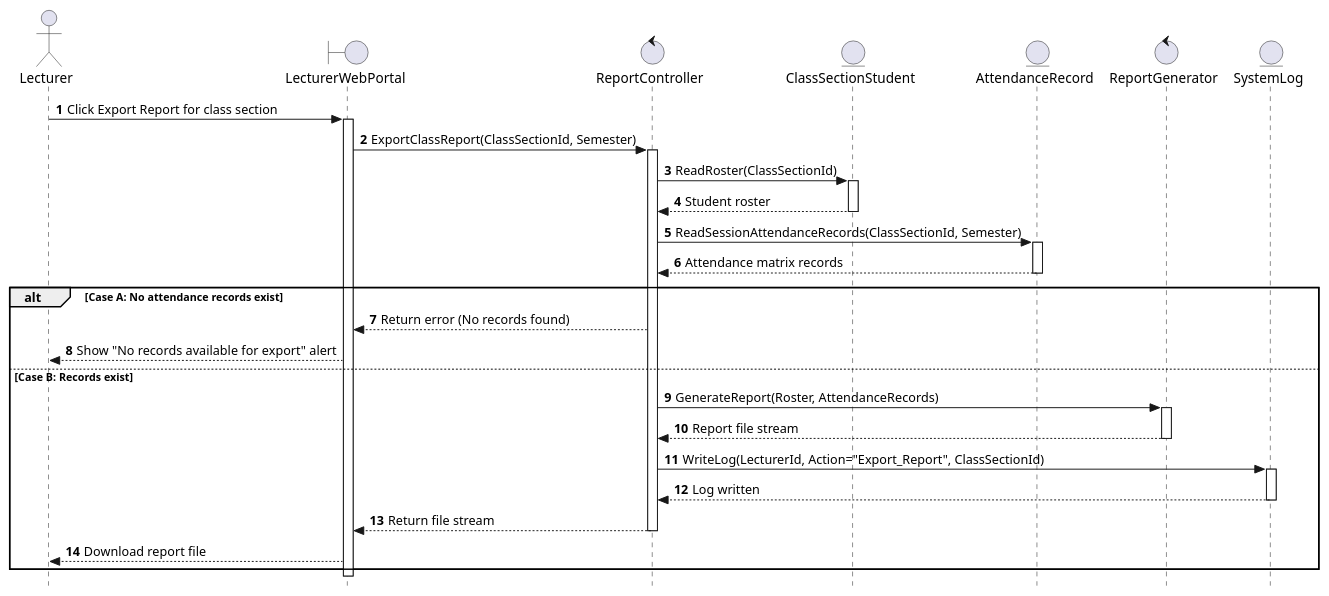
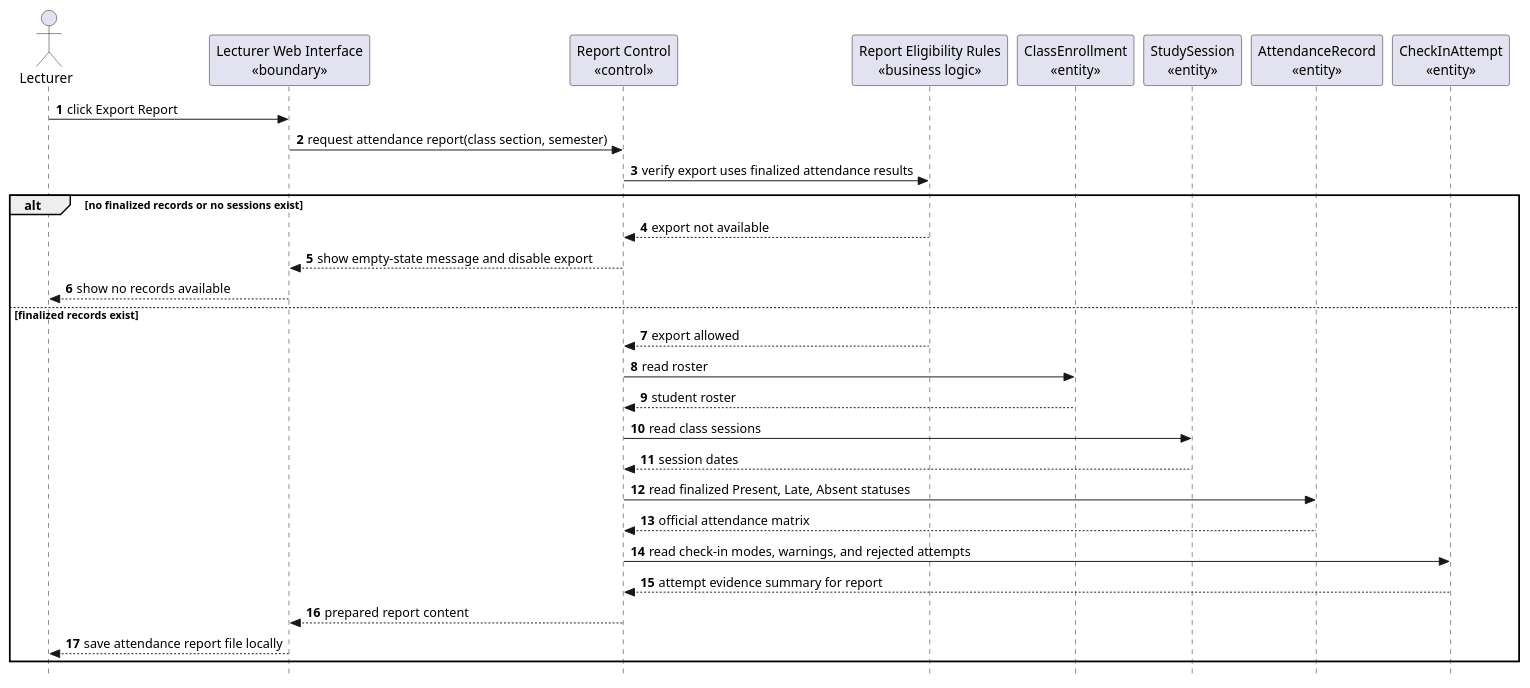
Before and after one commit to nttung42/SWD392: diagram 17 of 25 in docs/sds/2_Analysis.md, drawn with PlantUML. The commit also changed other lines of this file and 1 other file, not shown here.

````diff
--- a/docs/sds/2_Analysis.md
+++ b/docs/sds/2_Analysis.md
@@ -591,45 +840,36 @@
 ```plantuml
 @startuml
 skinparam style strictuml
 autonumber
+actor "Lecturer" as Lecturer
+participant "Lecturer Web Interface\n«boundary»" as LecturerUI
+participant "Report Control\n«control»" as ReportControl
+participant "Report Eligibility Rules\n«business logic»" as ReportRules
+participant "ClassEnrollment\n«entity»" as ClassEnrollment
+participant "StudySession\n«entity»" as StudySession
+participant "AttendanceRecord\n«entity»" as AttendanceRecord
+participant "CheckInAttempt\n«entity»" as CheckInAttempt
 
-actor GV as "Lecturer"
-boundary LWP as "LecturerWebPortal"
-control RC as "ReportController"
-entity CSS as "ClassSectionStudent"
-entity AR as "AttendanceRecord"
-control REP as "ReportGenerator"
-entity SL as "SystemLog"
+Lecturer -> LecturerUI : click Export Report
+LecturerUI -> ReportControl : request attendance report(class section, semester)
+ReportControl -> ReportRules : verify export uses finalized attendance results
 
-GV -> LWP: Click Export Report for class section
-activate LWP
-LWP -> RC: ExportClassReport(ClassSectionId, Semester)
-activate RC
-RC -> CSS: ReadRoster(ClassSectionId)
-activate CSS
-CSS --> RC: Student roster
-deactivate CSS
-RC -> AR: ReadSessionAttendanceRecords(ClassSectionId, Semester)
-activate AR
-AR --> RC: Attendance matrix records
-deactivate AR
-
-alt Case A: No attendance records exist
-    RC --> LWP: Return error (No records found)
-    LWP --> GV: Show "No records available for export" alert
-else Case B: Records exist
-    RC -> REP: GenerateReport(Roster, AttendanceRecords)
-    activate REP
-    REP --> RC: Report file stream
-    deactivate REP
-    RC -> SL: WriteLog(LecturerId, Action="Export_Report", ClassSectionId)
-    activate SL
-    SL --> RC: Log written
-    deactivate SL
-    RC --> LWP: Return file stream
-    deactivate RC
-    LWP --> GV: Download report file
+alt no finalized records or no sessions exist
+  ReportRules --> ReportControl : export not available
+  ReportControl --> LecturerUI : show empty-state message and disable export
+  LecturerUI --> Lecturer : show no records available
+else finalized records exist
+  ReportRules --> ReportControl : export allowed
+  ReportControl -> ClassEnrollment : read roster
+  ClassEnrollment --> ReportControl : student roster
+  ReportControl -> StudySession : read class sessions
+  StudySession --> ReportControl : session dates
+  ReportControl -> AttendanceRecord : read finalized Present, Late, Absent statuses
+  AttendanceRecord --> ReportControl : official attendance matrix
+  ReportControl -> CheckInAttempt : read check-in modes, warnings, and rejected attempts
+  CheckInAttempt --> ReportControl : attempt evidence summary for report
+  ReportControl --> LecturerUI : prepared report content
+  LecturerUI --> Lecturer : save attendance report file locally
 end
-deactivate LWP
 @enduml
 ```
````
